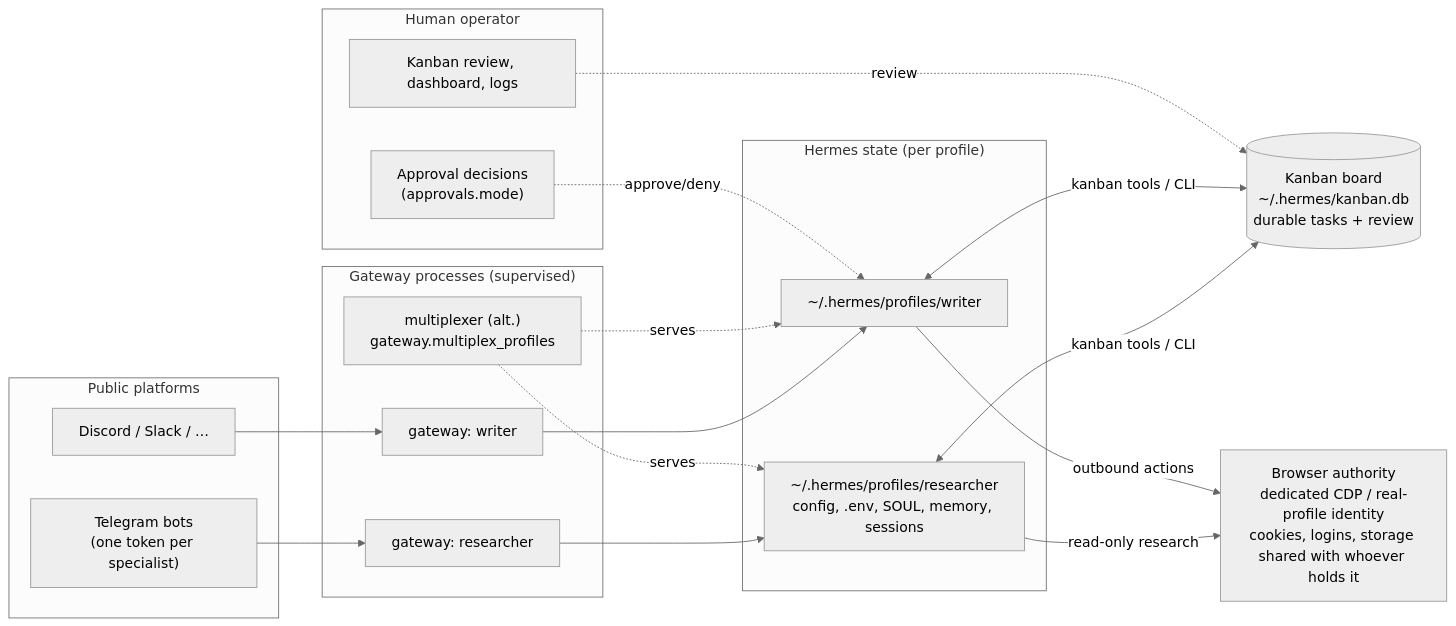
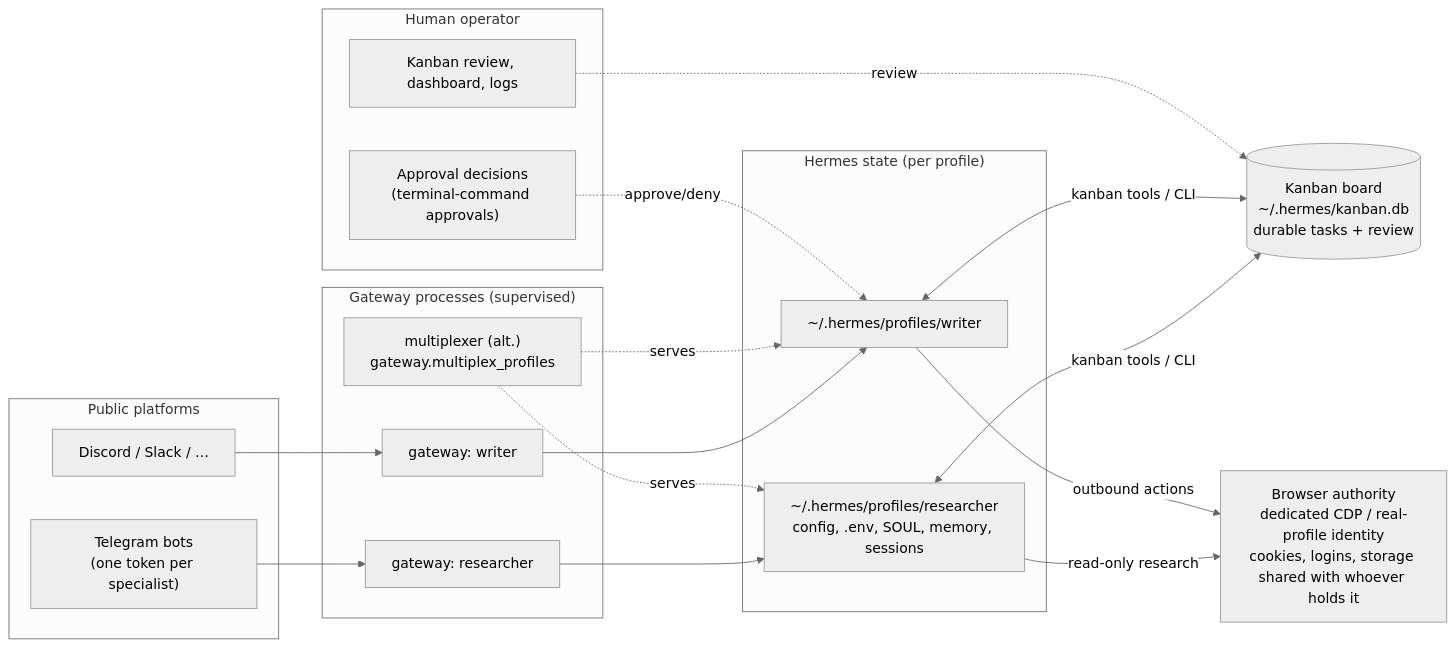
The diagram in website/docs/guides/fleet-operator-reference.md (Carrie111998/Hermes), drawn with Mermaid (neutral theme) before and after one commit. The commit also changed other lines of this file, not shown here.

First line of the commit message:
docs(guides): fix approval-boundary + browser-cookie accuracy in Fleet Operator reference (#97236)

````diff
--- a/website/docs/guides/fleet-operator-reference.md
+++ b/website/docs/guides/fleet-operator-reference.md
@@ -38,38 +40,38 @@
 ```mermaid
 flowchart LR
   subgraph human["Human operator"]
-    H["Approval decisions<br/>(approvals.mode)"]
+    H["Approval decisions<br/>(terminal-command approvals)"]
     V["Kanban review, dashboard, logs"]
   end
 
   subgraph pub["Public platforms"]
     TG["Telegram bots<br/>(one token per specialist)"]
     DISC["Discord / Slack / …"]
   end
 
   subgraph gw["Gateway processes (supervised)"]
     G1["gateway: researcher"]
     G2["gateway: writer"]
     GM["multiplexer (alt.)<br/>gateway.multiplex_profiles"]
   end
 
   subgraph home["Hermes state (per profile)"]
     P1["~/.hermes/profiles/researcher<br/>config, .env, SOUL, memory, sessions"]
     P2["~/.hermes/profiles/writer"]
   end
 
   KB[("Kanban board<br/>~/.hermes/kanban.db<br/>durable tasks + review")]
   BR["Browser authority<br/>dedicated CDP / real-profile identity<br/>cookies, logins, storage shared with whoever holds it"]
 
   TG --> G1 --> P1
   DISC --> G2 --> P2
   GM -.->|serves| P1
   GM -.->|serves| P2
 
   P1 <-->|kanban tools / CLI| KB
   P2 <-->|kanban tools / CLI| KB
   P1 -->|read-only research| BR
   P2 -->|outbound actions| BR
   H -.->|approve/deny| P2
   V -.->|review| KB
 ```
````
